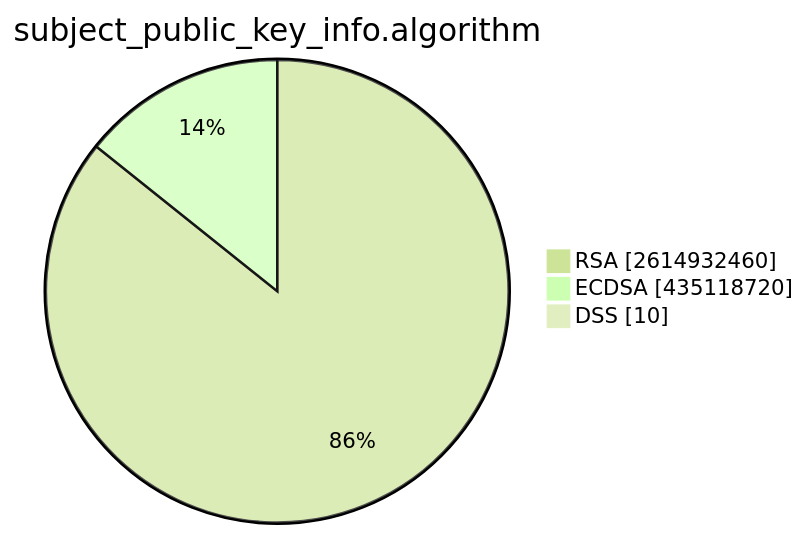
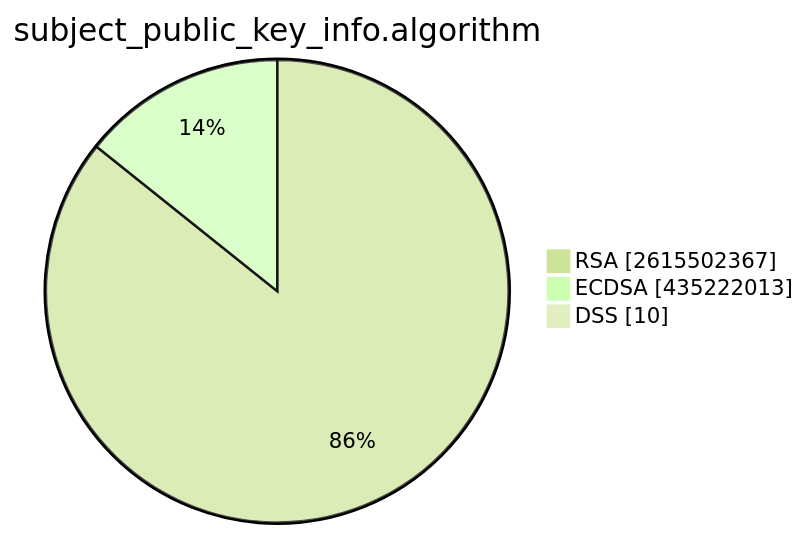
One commit to christiankrug/ctmonitor_visualization changed the second of 15 diagrams in TOTAL/README.md. Above: the diagram before and after it, drawn with Mermaid (forest theme). The commit also changed other lines of this file, not shown here.

````diff
--- a/TOTAL/README.md
+++ b/TOTAL/README.md
@@ -6,7 +6,7 @@
 ```mermaid
 pie showData
 title subject_public_key_info.algorithm
-"RSA" :2614932460
-"ECDSA" :435118720
+"RSA" :2615502367
+"ECDSA" :435222013
 "DSS" :10
 ```
````
